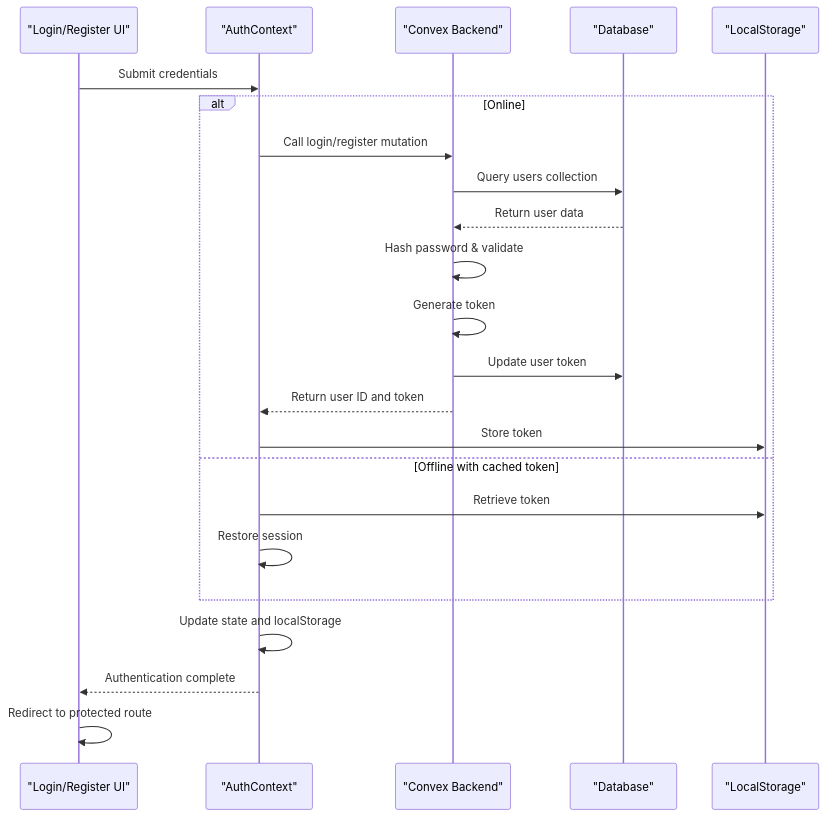
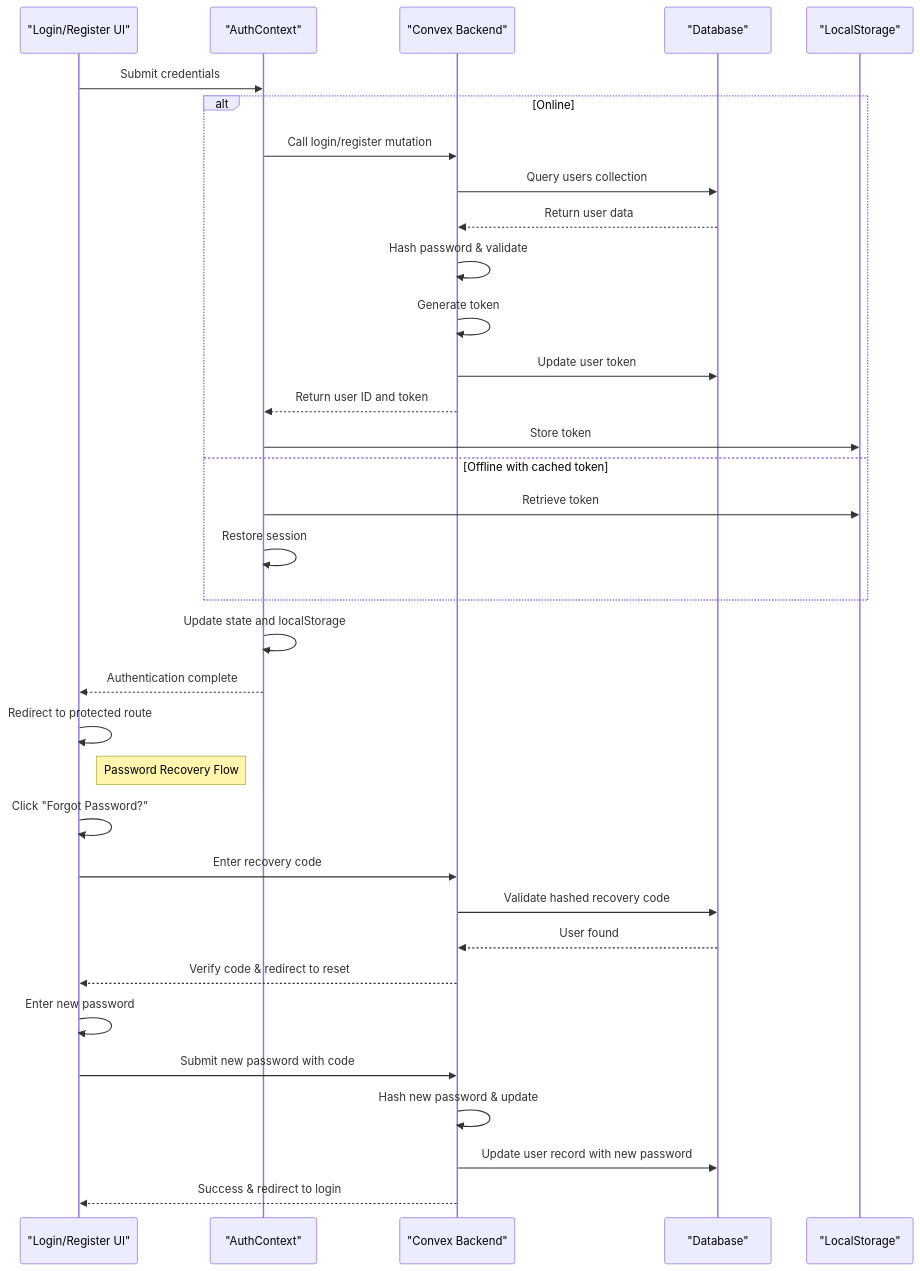
One commit to amiirbazzii/Expense-Tracker---Warp changed the first of 7 diagrams in .qoder/repowiki/en/content/Feature-Specific Documentation/Authentication System.md. Above: the diagram before and after it, drawn with Mermaid. The commit also changed other lines of this file and 15 other files, not shown here.

````diff
--- a/.qoder/repowiki/en/content/Feature-Specific Documentation/Authentication System.md
+++ b/.qoder/repowiki/en/content/Feature-Specific Documentation/Authentication System.md
@@ -68,25 +88,36 @@
 ```mermaid
 sequenceDiagram
 participant UI as "Login/Register UI"
 participant Context as "AuthContext"
 participant Backend as "Convex Backend"
 participant DB as "Database"
 participant Cache as "LocalStorage"
 UI->>Context : Submit credentials
 alt Online
 Context->>Backend : Call login/register mutation
 Backend->>DB : Query users collection
 DB-->>Backend : Return user data
 Backend->>Backend : Hash password & validate
 Backend->>Backend : Generate token
 Backend->>DB : Update user token
 Backend-->>Context : Return user ID and token
 Context->>Cache : Store token
 else Offline with cached token
 Context->>Cache : Retrieve token
 Context->>Context : Restore session
 end
 Context->>Context : Update state and localStorage
 Context-->>UI : Authentication complete
 UI->>UI : Redirect to protected route
+Note right of UI : Password Recovery Flow
+UI->>UI : Click "Forgot Password?"
+UI->>Backend : Enter recovery code
+Backend->>DB : Validate hashed recovery code
+DB-->>Backend : User found
+Backend-->>UI : Verify code & redirect to reset
+UI->>UI : Enter new password
+UI->>Backend : Submit new password with code
+Backend->>Backend : Hash new password & update
+Backend->>DB : Update user record with new password
+Backend-->>UI : Success & redirect to login
 ```
````
